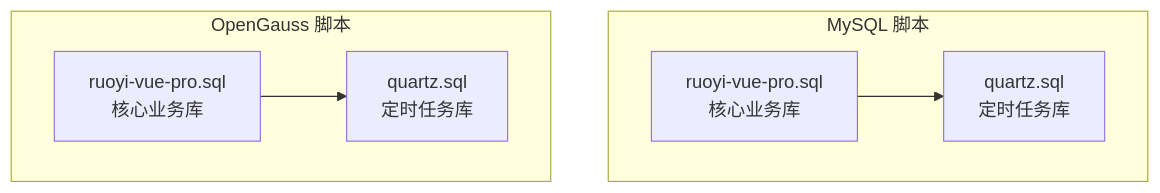
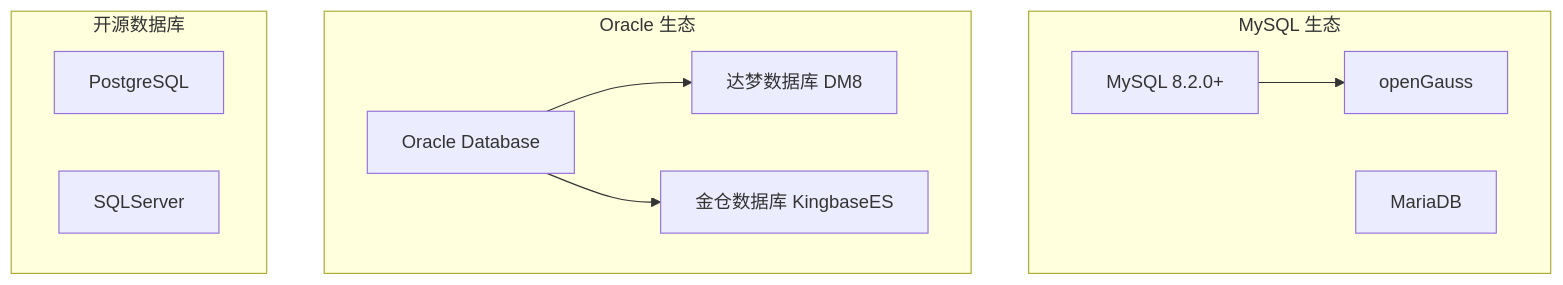
The first of 5 diagrams in .qoder/repowiki/zh/content/数据库设计/数据库架构概览.md (zhuangpengLI/AgenticCPS), drawn with Mermaid before and after one commit. The commit also changed other lines of this file and 42 other files, not shown here.

````diff
--- a/.qoder/repowiki/zh/content/数据库设计/数据库架构概览.md
+++ b/.qoder/repowiki/zh/content/数据库设计/数据库架构概览.md
@@ -31,13 +49,20 @@
 ```mermaid
 graph TB
-subgraph "MySQL 脚本"
-M1["ruoyi-vue-pro.sql<br/>核心业务库"]
-M2["quartz.sql<br/>定时任务库"]
+subgraph "MySQL 生态"
+M1["MySQL 8.2.0+"]
+M2["MariaDB"]
+M3["openGauss"]
 end
-subgraph "OpenGauss 脚本"
-O1["ruoyi-vue-pro.sql<br/>核心业务库"]
-O2["quartz.sql<br/>定时任务库"]
+subgraph "Oracle 生态"
+O1["Oracle Database"]
+O2["达梦数据库 DM8"]
+O3["金仓数据库 KingbaseES"]
 end
-M1 --> M2
+subgraph "开源数据库"
+P1["PostgreSQL"]
+P2["SQLServer"]
+end
+M1 --> M3
 O1 --> O2
+O1 --> O3
 ```
````
